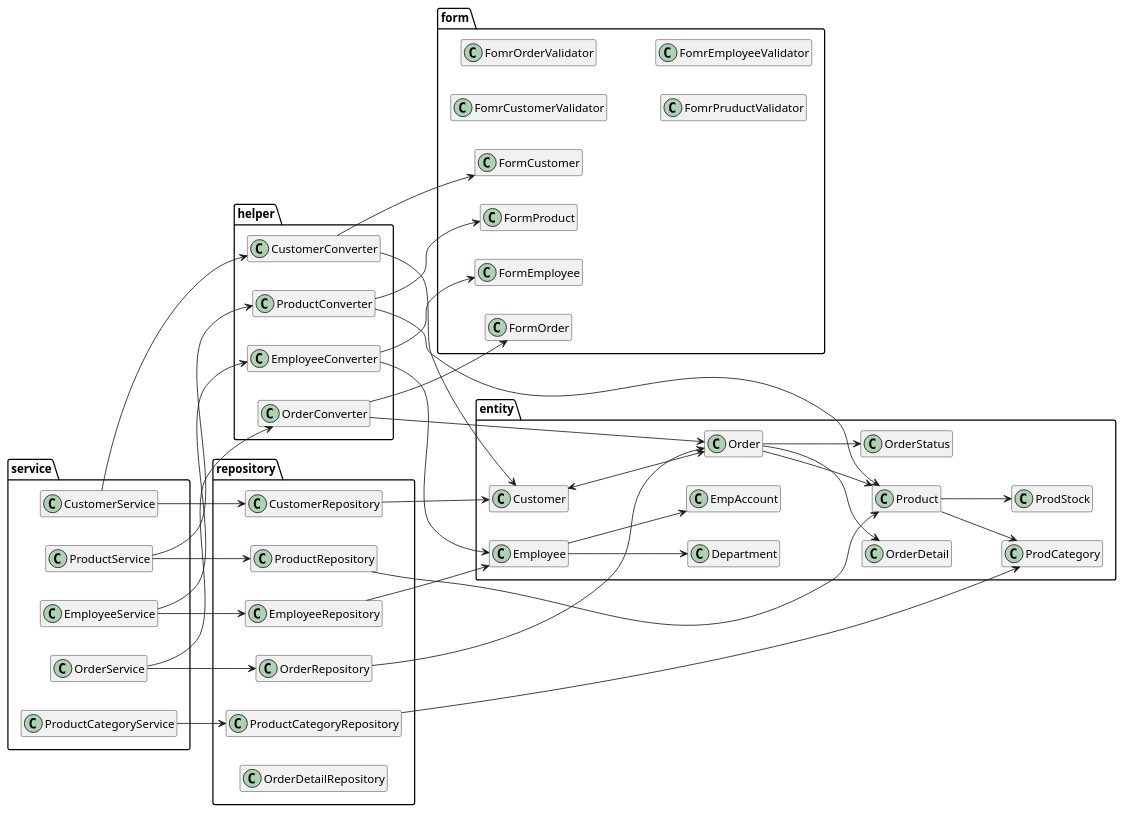
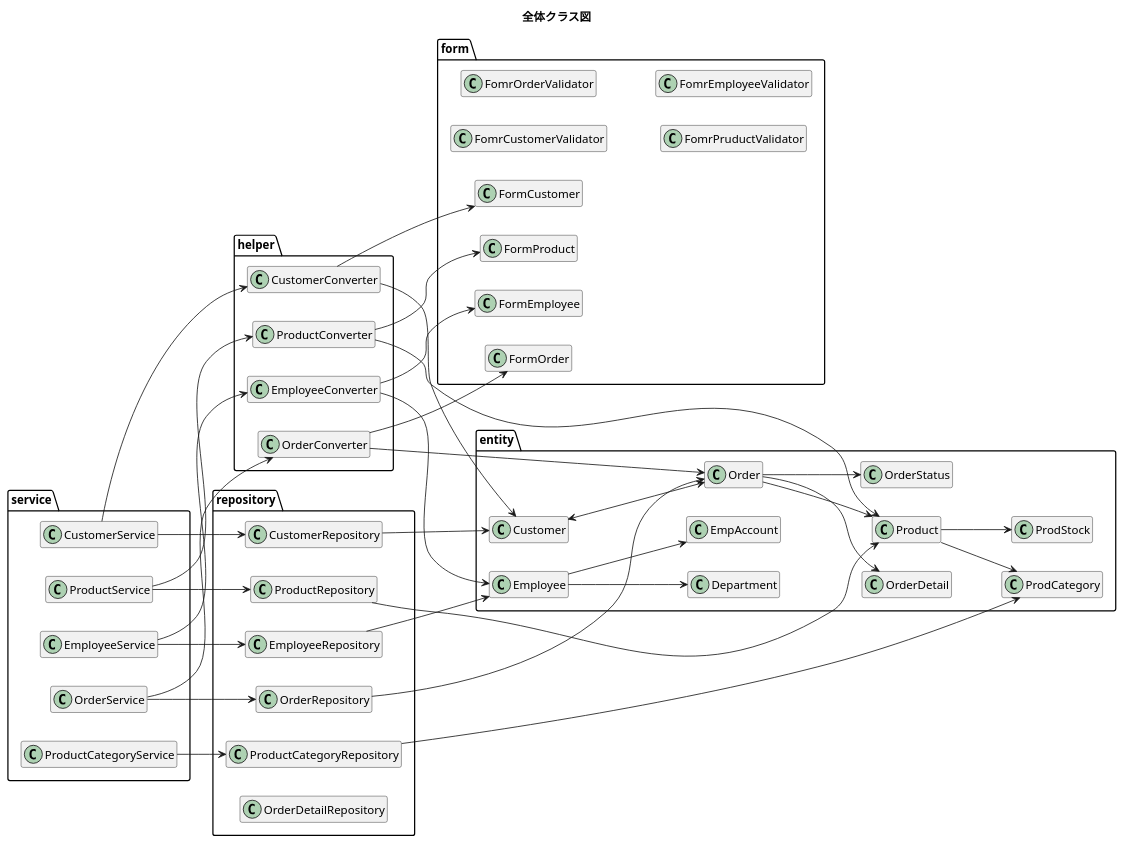
Before and after one commit to kanavii3333/ec-b: the diagram in plan/uml/class/all.plantuml, drawn with PlantUML. The commit also changed 1 other file, not shown here.

Commit message:
uc014シーケンス図

```diff
--- a/plan/uml/class/all.plantuml
+++ b/plan/uml/class/all.plantuml
@@ -1,150 +1,150 @@
 @startuml
-
+title 全体クラス図
 hide empty members
 left to right direction
 
 package entity{
     class Customer{
     }
 
     class Order{
     }
 
     class OrderDetail{
     }
 
     class OrderStatus{
     }
 
     class Product{
     }
 
     class ProdCategory{
     }
 
     class ProdStock{
     }
 
     class Employee{
     }
 
     class Department{
     }
 
     class EmpAccount{
     }
 }
 
 Customer <--> Order
 Order --> OrderStatus
 Order --> OrderDetail
 Order --> Product
 Product --> ProdStock
 Product --> ProdCategory
 Employee --> EmpAccount
 Employee --> Department
 
 package form{
     class FormCustomer{
     }
 
     class FormOrder{
     }
 
     class FormProduct{
     }
 
     class FormEmployee{
     }
     
     class FomrCustomerValidator{
     }
     
     class FomrOrderValidator{
     }
     
     class FomrPruductValidator{
     }
     
     class FomrEmployeeValidator{
     }
 }
 
 package helper{
     class CustomerConverter{
     }
 
     class OrderConverter{
     }
 
     class ProductConverter{
     }
 
     class EmployeeConverter{
     }
 }
 CustomerConverter --> Customer
 CustomerConverter --> FormCustomer
 OrderConverter --> Order
 OrderConverter --> FormOrder
 ProductConverter --> Product
 ProductConverter --> FormProduct
 EmployeeConverter --> Employee
 EmployeeConverter --> FormEmployee
 
 package repository{
     class CustomerRepository{
     }
 
     class OrderRepository{
     }
 
     class ProductRepository{
     }
 
     class EmployeeRepository{
     }
 
     class ProductCategoryRepository{
     }
 
     class OrderDetailRepository{
     }
 }
 
 package service{
     class CustomerService{
     }
     
     class OrderService{
     }
     
     class ProductService{
     }
 
 
     class EmployeeService{
     }
     
     class ProductCategoryService{
     }
 }
 
 CustomerService --> CustomerConverter
 OrderService --> OrderConverter
 ProductService --> ProductConverter
 EmployeeService --> EmployeeConverter
 
 CustomerService --> CustomerRepository
 OrderService --> OrderRepository
 ProductService --> ProductRepository
 EmployeeService --> EmployeeRepository
 ProductCategoryService --> ProductCategoryRepository
 
 CustomerRepository --> Customer
 OrderRepository --> Order
 ProductRepository --> Product
 EmployeeRepository --> Employee
 ProductCategoryRepository --> ProdCategory
 
 @enduml
```
